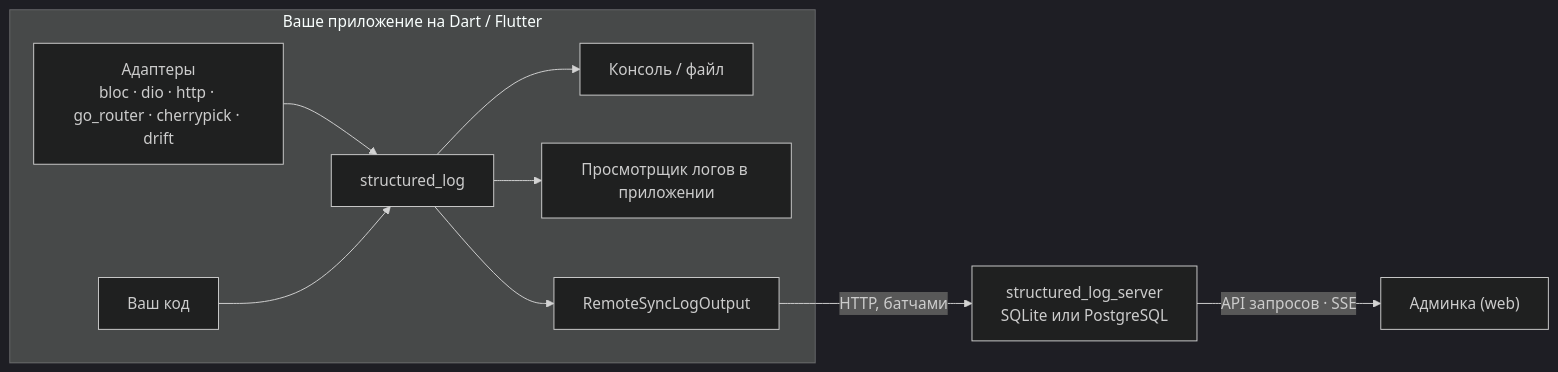
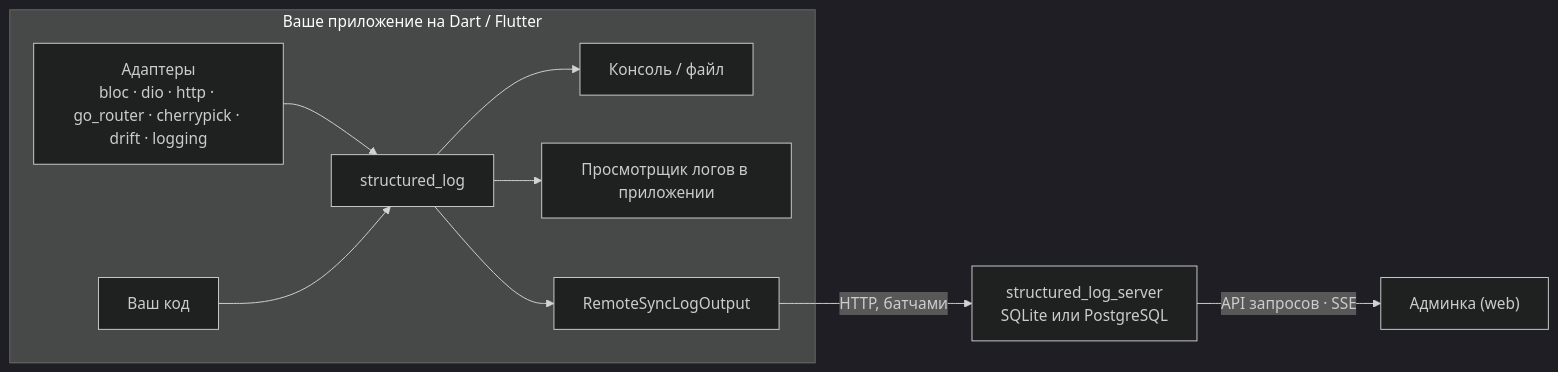
The diagram in README.ru.md (pese-git/structured_log), drawn with Mermaid (dark theme) before and after one commit. The commit also changed other lines of this file and 47 other files, not shown here.

First line of the commit message:
feat(structured_log_logging): add a bridge from package:logging (#108)

````diff
--- a/README.ru.md
+++ b/README.ru.md
@@ -109,12 +111,12 @@
 ```mermaid
 flowchart LR
   subgraph app["Ваше приложение на Dart / Flutter"]
-    A["Адаптеры<br/>bloc · dio · http · go_router · cherrypick · drift"] --> C["structured_log"]
+    A["Адаптеры<br/>bloc · dio · http · go_router · cherrypick · drift · logging"] --> C["structured_log"]
     Y["Ваш код"] --> C
     C --> O["Консоль / файл"]
     C --> V["Просмотрщик логов в приложении"]
     C --> R["RemoteSyncLogOutput"]
   end
   R -- "HTTP, батчами" --> S["structured_log_server<br/>SQLite или PostgreSQL"]
   S -- "API запросов · SSE" --> W["Админка (web)"]
 ```
````
